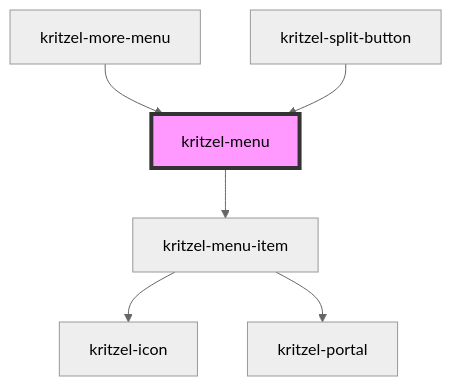
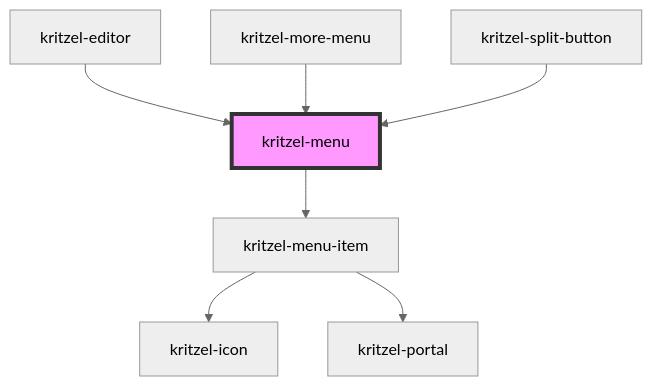
The diagram in libs/editor/core/src/components/kritzel-menu/readme.md (kasual1/kritzel), drawn with Mermaid (neutral theme) before and after one commit. The commit also changed other lines of this file and 51 other files, not shown here.

````diff
--- a/libs/editor/core/src/components/kritzel-menu/readme.md
+++ b/libs/editor/core/src/components/kritzel-menu/readme.md
@@ -69,9 +70,10 @@
 ```mermaid
 graph TD;
   kritzel-menu --> kritzel-menu-item
   kritzel-menu-item --> kritzel-icon
   kritzel-menu-item --> kritzel-portal
+  kritzel-editor --> kritzel-menu
   kritzel-more-menu --> kritzel-menu
   kritzel-split-button --> kritzel-menu
   style kritzel-menu fill:#f9f,stroke:#333,stroke-width:4px
 ```
````
